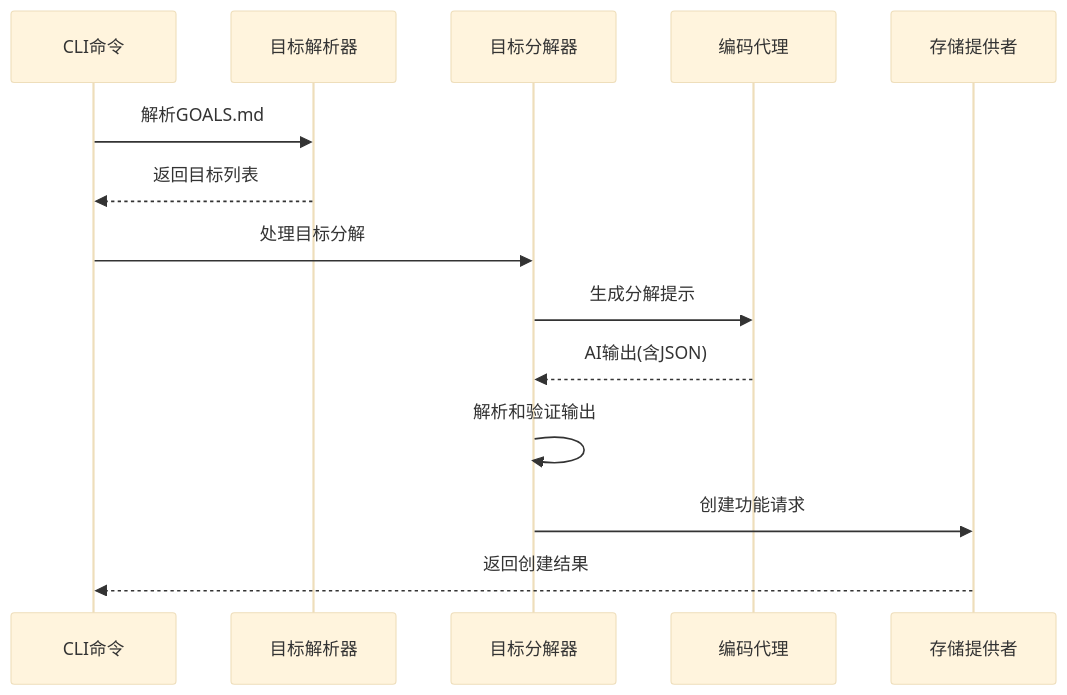
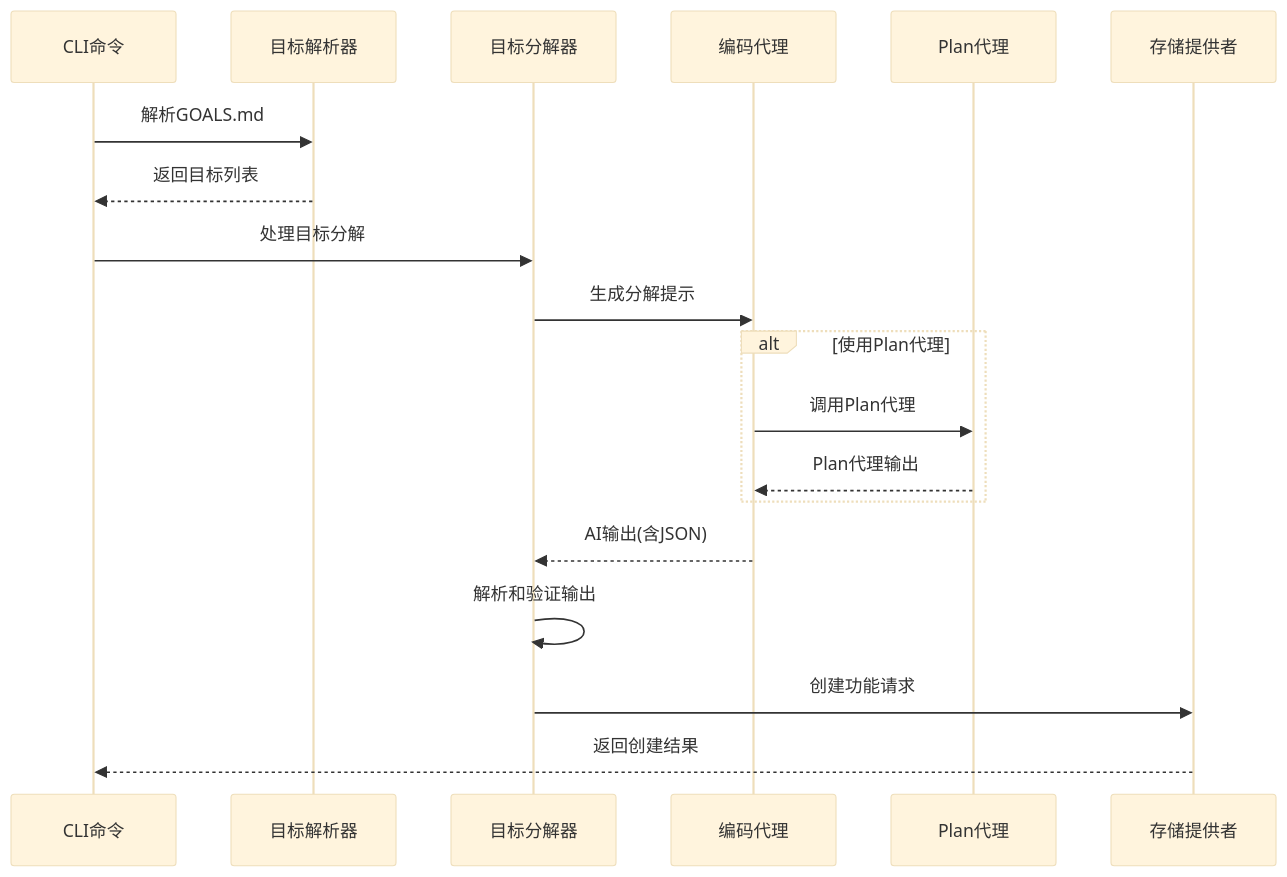
The third of 8 diagrams in .qoder/repowiki/zh/content/技术实现参考/自动目标分解功能.md (pinsonchen/vivify), drawn with Mermaid (base theme) before and after one commit. The commit also changed other lines of this file and 9 other files, not shown here.

````diff
--- a/.qoder/repowiki/zh/content/技术实现参考/自动目标分解功能.md
+++ b/.qoder/repowiki/zh/content/技术实现参考/自动目标分解功能.md
@@ -134,16 +149,21 @@
 ```mermaid
 sequenceDiagram
 participant CLI as CLI命令
 participant Parser as 目标解析器
 participant Decomposer as 目标分解器
 participant Agent as 编码代理
+participant PlanAgent as Plan代理
 participant Storage as 存储提供者
 CLI->>Parser : 解析GOALS.md
 Parser-->>CLI : 返回目标列表
 CLI->>Decomposer : 处理目标分解
 Decomposer->>Agent : 生成分解提示
+alt 使用Plan代理
+Agent->>PlanAgent : 调用Plan代理
+PlanAgent-->>Agent : Plan代理输出
+end
 Agent-->>Decomposer : AI输出(含JSON)
 Decomposer->>Decomposer : 解析和验证输出
 Decomposer->>Storage : 创建功能请求
 Storage-->>CLI : 返回创建结果
 ```
````
